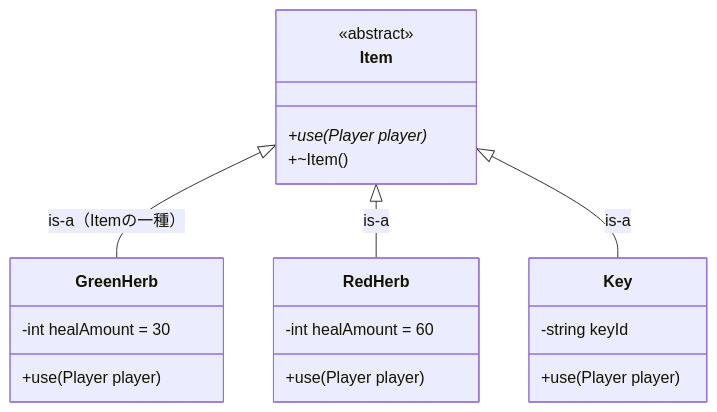
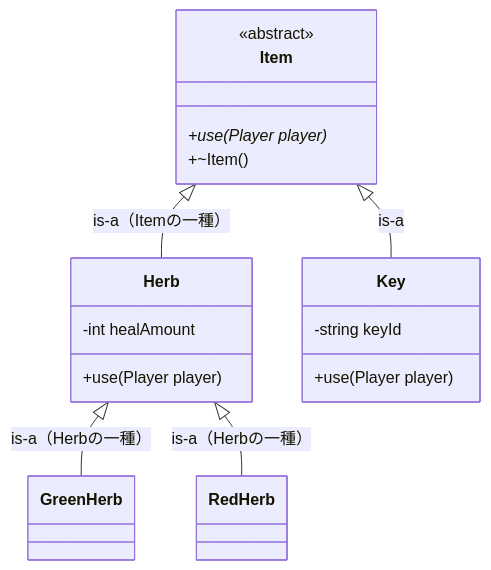
One commit to fuddt/Cplus changed the third of 15 diagrams in Cplus/chapter-06.5-abstract-inventory.md. Above: the diagram before and after it, drawn with Mermaid. The commit also changed other lines of this file and 18 other files, not shown here.

````diff
--- a/Cplus/chapter-06.5-abstract-inventory.md
+++ b/Cplus/chapter-06.5-abstract-inventory.md
@@ -93,24 +94,23 @@
 ```mermaid
 classDiagram
     class Item {
         <<abstract>>
         +use(Player player)*
         +~Item()
     }
-    class GreenHerb {
-        -int healAmount = 30
+    class Herb {
+        -int healAmount
         +use(Player player)
     }
-    class RedHerb {
-        -int healAmount = 60
-        +use(Player player)
-    }
+    class GreenHerb
+    class RedHerb
     class Key {
         -string keyId
         +use(Player player)
     }
 
-    Item <|-- GreenHerb : is-a（Itemの一種）
-    Item <|-- RedHerb   : is-a
+    Item <|-- Herb      : is-a（Itemの一種）
+    Herb <|-- GreenHerb : is-a（Herbの一種）
+    Herb <|-- RedHerb   : is-a（Herbの一種）
     Item <|-- Key       : is-a
 ```
````
